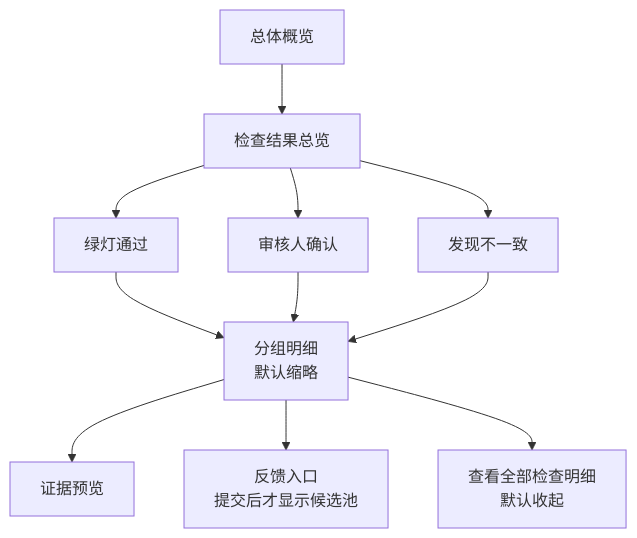
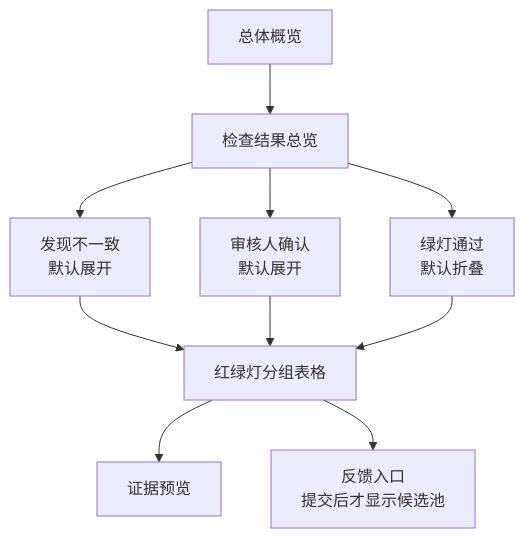
Before and after one commit to LuluCJJ/contract_handle: the second of 4 diagrams in docs/当前方案与产品交接文档.md, drawn with Mermaid. The commit also changed other lines of this file and 14 other files, not shown here.

````diff
--- a/docs/当前方案与产品交接文档.md
+++ b/docs/当前方案与产品交接文档.md
@@ -137,13 +159,12 @@
 ```mermaid
 flowchart TD
     A["总体概览"] --> B["检查结果总览"]
-    B --> B1["绿灯通过"]
-    B --> B2["审核人确认"]
-    B --> B3["发现不一致"]
-    B1 --> C["分组明细<br/>默认缩略"]
+    B --> B1["发现不一致<br/>默认展开"]
+    B --> B2["审核人确认<br/>默认展开"]
+    B --> B3["绿灯通过<br/>默认折叠"]
+    B1 --> C["红绿灯分组表格"]
     B2 --> C
     B3 --> C
     C --> D["证据预览"]
     C --> E["反馈入口<br/>提交后才显示候选池"]
-    C --> F["查看全部检查明细<br/>默认收起"]
 ```
````
